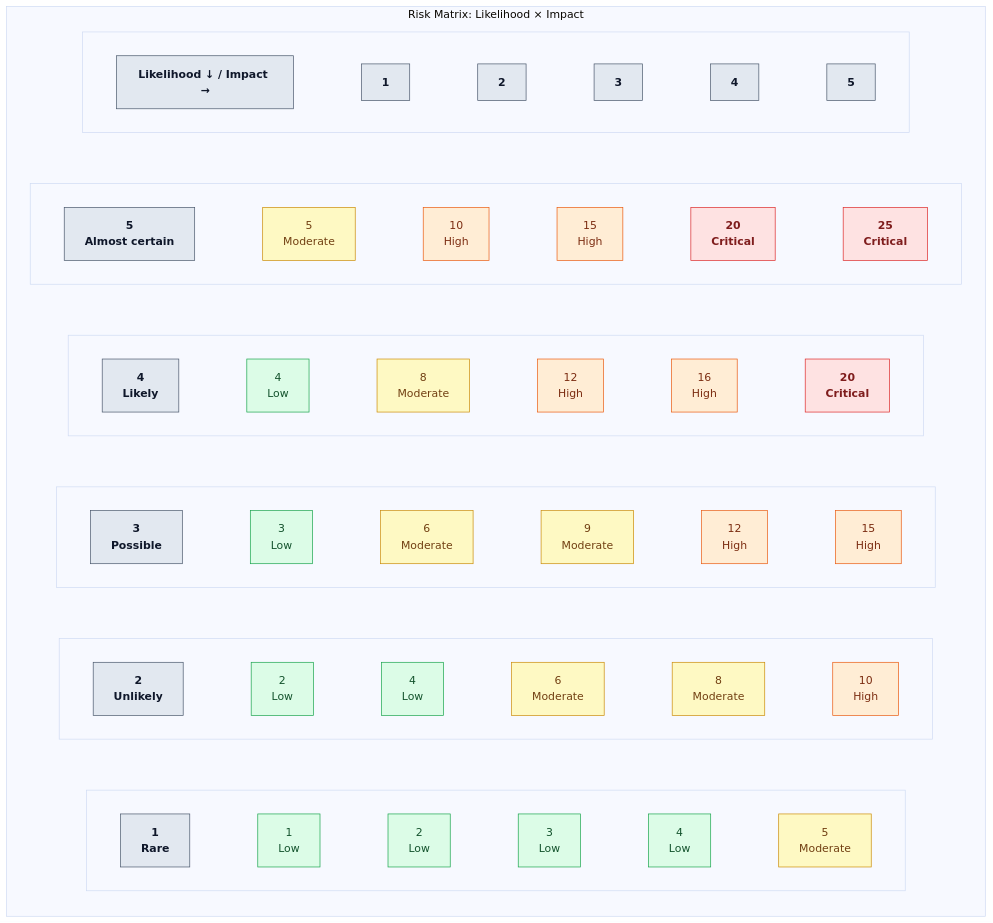
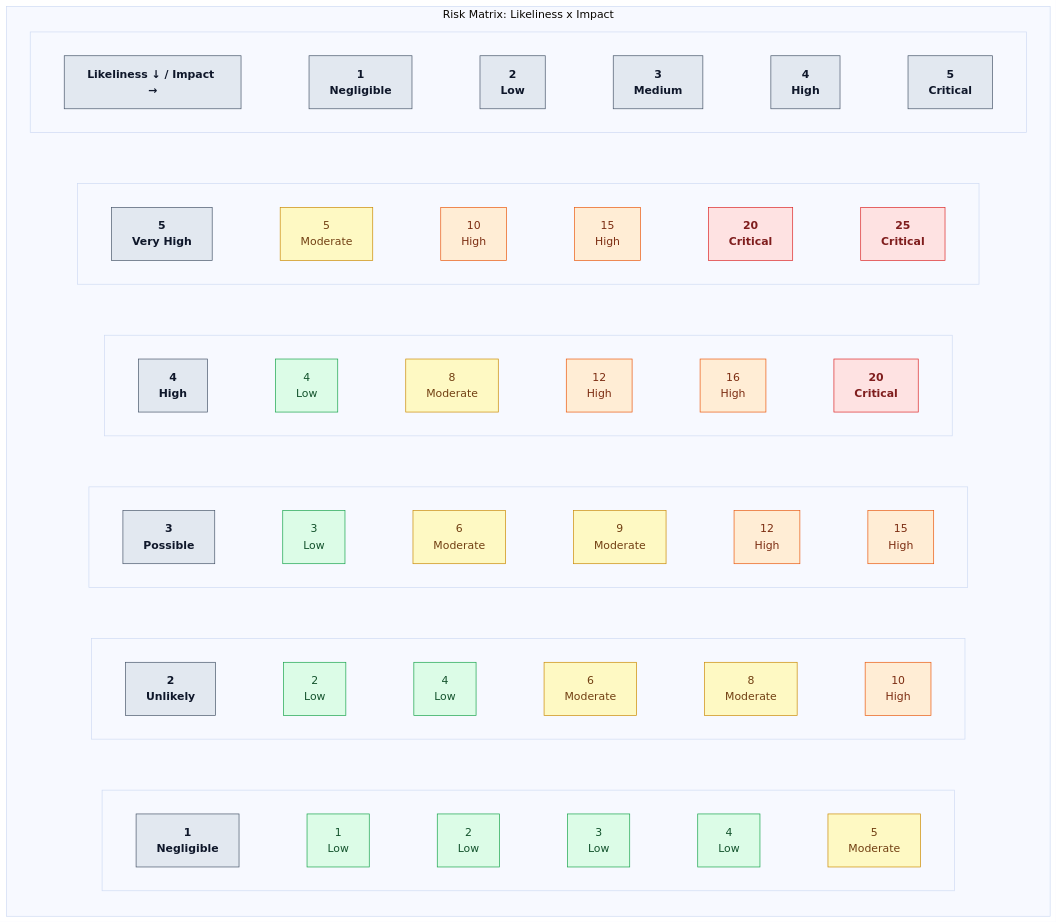
One commit to nickq1986/GRC-Analyst changed the diagram in Risk Assessment Methodology.md. Above: the diagram before and after it, drawn with Mermaid (base theme). The commit also changed other lines of this file, not shown here.

Commit message:
Align risk matrix with assessment scales

````diff
--- a/Risk Assessment Methodology.md
+++ b/Risk Assessment Methodology.md
@@ -28,73 +28,73 @@
 ```mermaid
 flowchart TB
-    subgraph matrix["Risk Matrix: Likelihood × Impact"]
+    subgraph matrix["Risk Matrix: Likeliness x Impact"]
         direction TB
         subgraph header[" "]
             direction LR
-            h0["Likelihood ↓ / Impact →"]:::axis
-            h1["1"]:::axis
-            h2["2"]:::axis
-            h3["3"]:::axis
-            h4["4"]:::axis
-            h5["5"]:::axis
+            h0["Likeliness ↓ / Impact →"]:::axis
+            h1["1<br/>Negligible"]:::axis
+            h2["2<br/>Low"]:::axis
+            h3["3<br/>Medium"]:::axis
+            h4["4<br/>High"]:::axis
+            h5["5<br/>Critical"]:::axis
             h0 ~~~ h1 ~~~ h2 ~~~ h3 ~~~ h4 ~~~ h5
         end
         subgraph row5[" "]
             direction LR
-            l5["5<br/>Almost certain"]:::axis
+            l5["5<br/>Very High"]:::axis
             r51["5<br/>Moderate"]:::moderate
             r52["10<br/>High"]:::high
             r53["15<br/>High"]:::high
             r54["20<br/>Critical"]:::critical
             r55["25<br/>Critical"]:::critical
             l5 ~~~ r51 ~~~ r52 ~~~ r53 ~~~ r54 ~~~ r55
         end
         subgraph row4[" "]
             direction LR
-            l4["4<br/>Likely"]:::axis
+            l4["4<br/>High"]:::axis
             r41["4<br/>Low"]:::low
             r42["8<br/>Moderate"]:::moderate
             r43["12<br/>High"]:::high
             r44["16<br/>High"]:::high
             r45["20<br/>Critical"]:::critical
             l4 ~~~ r41 ~~~ r42 ~~~ r43 ~~~ r44 ~~~ r45
         end
         subgraph row3[" "]
             direction LR
             l3["3<br/>Possible"]:::axis
             r31["3<br/>Low"]:::low
             r32["6<br/>Moderate"]:::moderate
             r33["9<br/>Moderate"]:::moderate
             r34["12<br/>High"]:::high
             r35["15<br/>High"]:::high
             l3 ~~~ r31 ~~~ r32 ~~~ r33 ~~~ r34 ~~~ r35
         end
         subgraph row2[" "]
             direction LR
             l2["2<br/>Unlikely"]:::axis
             r21["2<br/>Low"]:::low
             r22["4<br/>Low"]:::low
             r23["6<br/>Moderate"]:::moderate
             r24["8<br/>Moderate"]:::moderate
             r25["10<br/>High"]:::high
             l2 ~~~ r21 ~~~ r22 ~~~ r23 ~~~ r24 ~~~ r25
         end
         subgraph row1[" "]
             direction LR
-            l1["1<br/>Rare"]:::axis
+            l1["1<br/>Negligible"]:::axis
             r11["1<br/>Low"]:::low
             r12["2<br/>Low"]:::low
             r13["3<br/>Low"]:::low
             r14["4<br/>Low"]:::low
             r15["5<br/>Moderate"]:::moderate
             l1 ~~~ r11 ~~~ r12 ~~~ r13 ~~~ r14 ~~~ r15
         end
     end
     header ~~~ row5 ~~~ row4 ~~~ row3 ~~~ row2 ~~~ row1
 
     classDef axis fill:#e2e8f0,stroke:#475569,color:#0f172a,font-weight:bold;
     classDef low fill:#dcfce7,stroke:#16a34a,color:#14532d;
     classDef moderate fill:#fef9c3,stroke:#ca8a04,color:#713f12;
     classDef high fill:#ffedd5,stroke:#ea580c,color:#7c2d12;
     classDef critical fill:#fee2e2,stroke:#dc2626,color:#7f1d1d,font-weight:bold;
 ```
````
